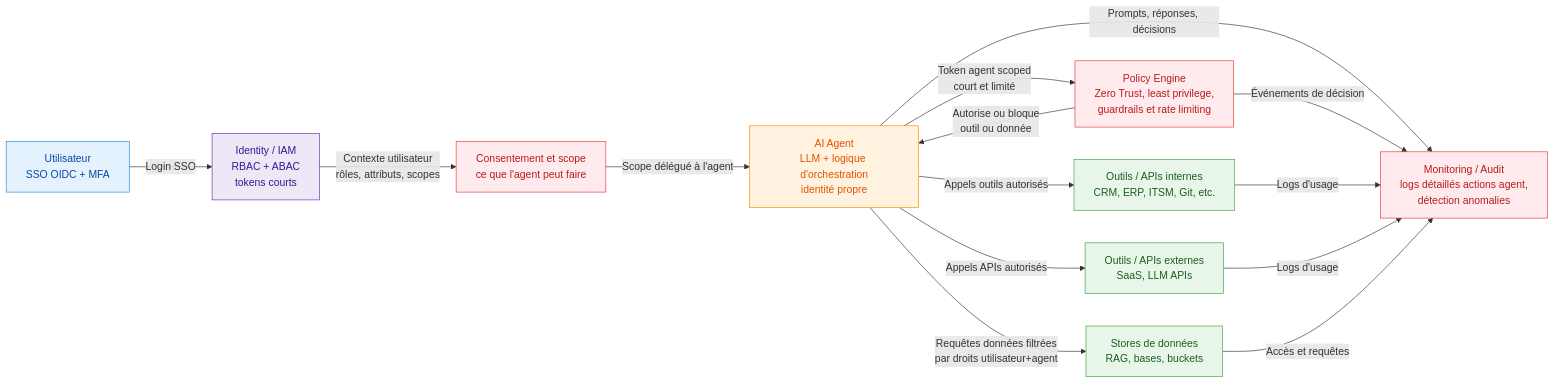
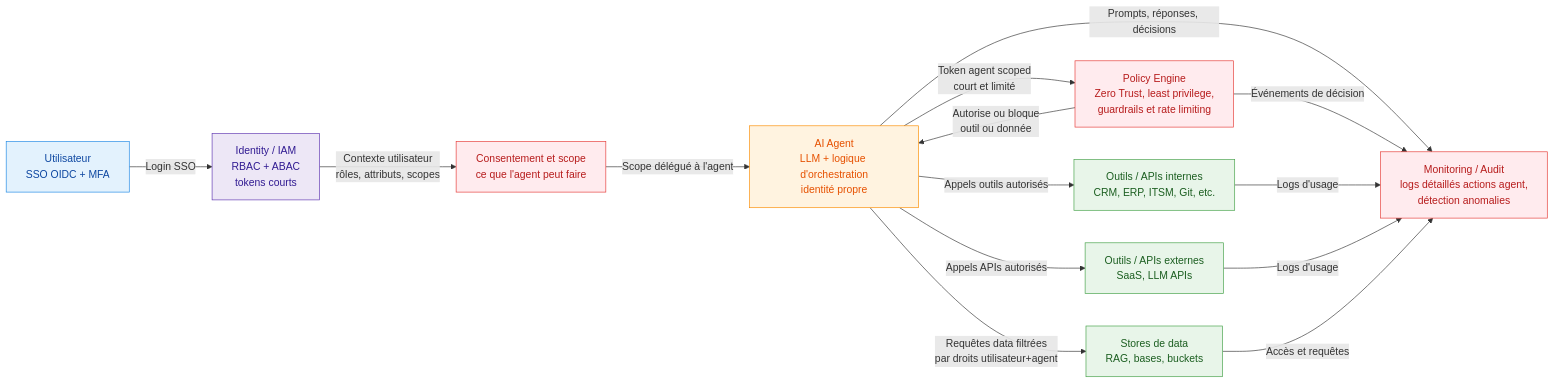
The diagram in docs/architecture/agentic-use-case-schema.md (brunseba/ai-tech-watch), drawn with Mermaid before and after one commit. The commit also changed other lines of this file and 22 other files, not shown here.

````diff
--- a/docs/architecture/agentic-use-case-schema.md
+++ b/docs/architecture/agentic-use-case-schema.md
@@ -8,38 +8,38 @@
 ```mermaid
 flowchart LR
     classDef user fill:#e3f2fd,stroke:#1e88e5,color:#0d47a1;
     classDef agent fill:#fff3e0,stroke:#fb8c00,color:#e65100;
     classDef tool fill:#e8f5e9,stroke:#43a047,color:#1b5e20;
     classDef sec fill:#ffebee,stroke:#e53935,color:#b71c1c;
     classDef infra fill:#ede7f6,stroke:#5e35b1,color:#311b92;
 
     U[Utilisateur<br/>SSO OIDC + MFA]:::user
     CONS[Consentement et scope<br/>ce que l'agent peut faire]:::sec
     IAM[Identity / IAM<br/>RBAC + ABAC<br/>tokens courts]:::infra
 
     A[AI Agent<br/>LLM + logique d'orchestration<br/>identité propre]:::agent
 
     T1[Outils / APIs internes<br/>CRM, ERP, ITSM, Git, etc.]:::tool
     T2[Outils / APIs externes<br/>SaaS, LLM APIs]:::tool
-    DATA[Stores de données<br/>RAG, bases, buckets]:::tool
+    DATA[Stores de data<br/>RAG, bases, buckets]:::tool
 
     POL[Policy Engine<br/>Zero Trust, least privilege,<br/>guardrails et rate limiting]:::sec
     MON[Monitoring / Audit<br/>logs détaillés actions agent,<br/>détection anomalies]:::sec
 
     U -->|Login SSO| IAM
     IAM -->|Contexte utilisateur<br/>rôles, attributs, scopes| CONS
     CONS -->|Scope délégué à l'agent| A
 
     A -->|Token agent scoped<br/>court et limité| POL
     POL -->|Autorise ou bloque<br/>outil ou donnée| A
 
     A -->|Appels outils autorisés| T1
     A -->|Appels APIs autorisés| T2
-    A -->|Requêtes données filtrées<br/>par droits utilisateur+agent| DATA
+    A -->|Requêtes data filtrées<br/>par droits utilisateur+agent| DATA
 
     A -->|Prompts, réponses, décisions| MON
     POL -->|Événements de décision| MON
     T1 -->|Logs d'usage| MON
     T2 -->|Logs d'usage| MON
     DATA -->|Accès et requêtes| MON
 ```
````
